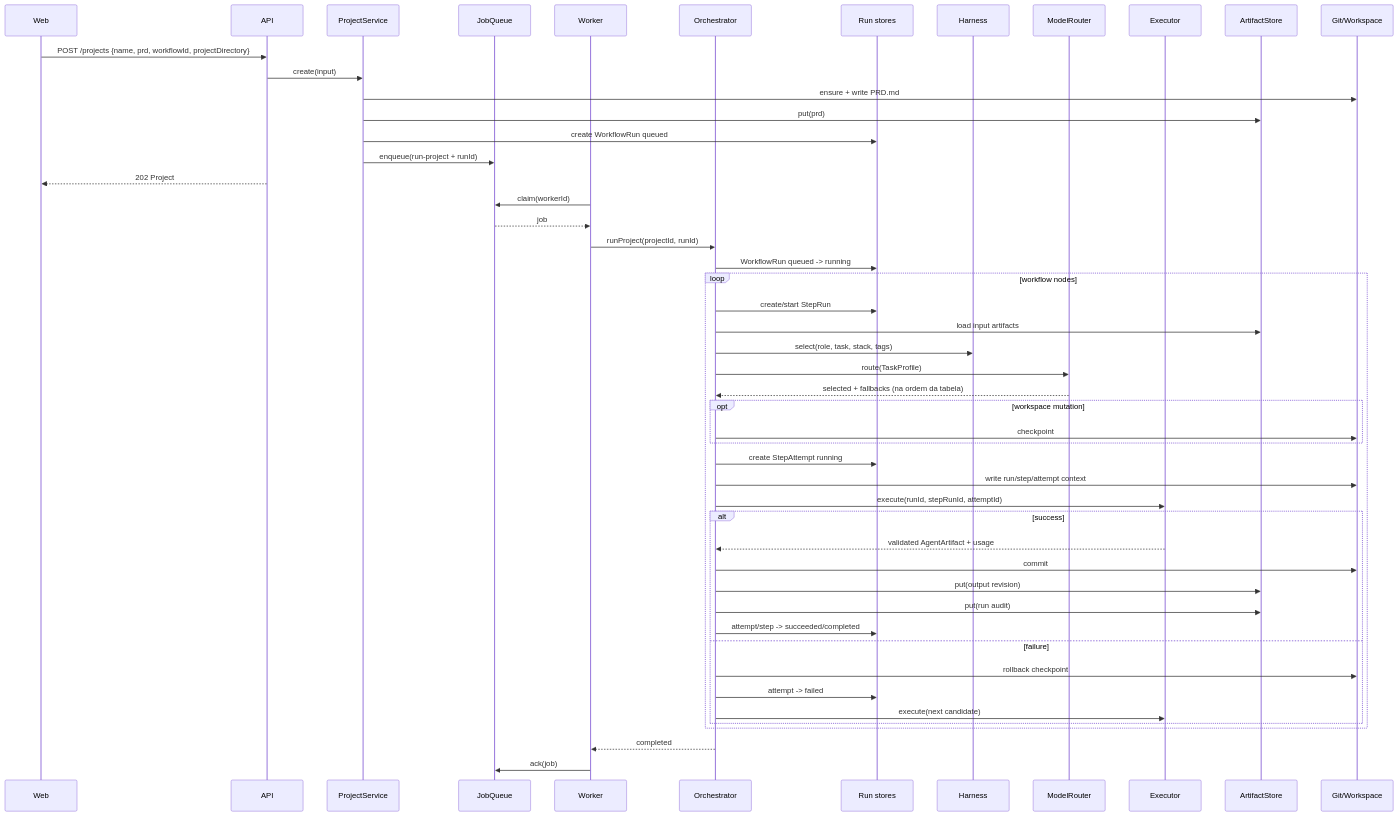
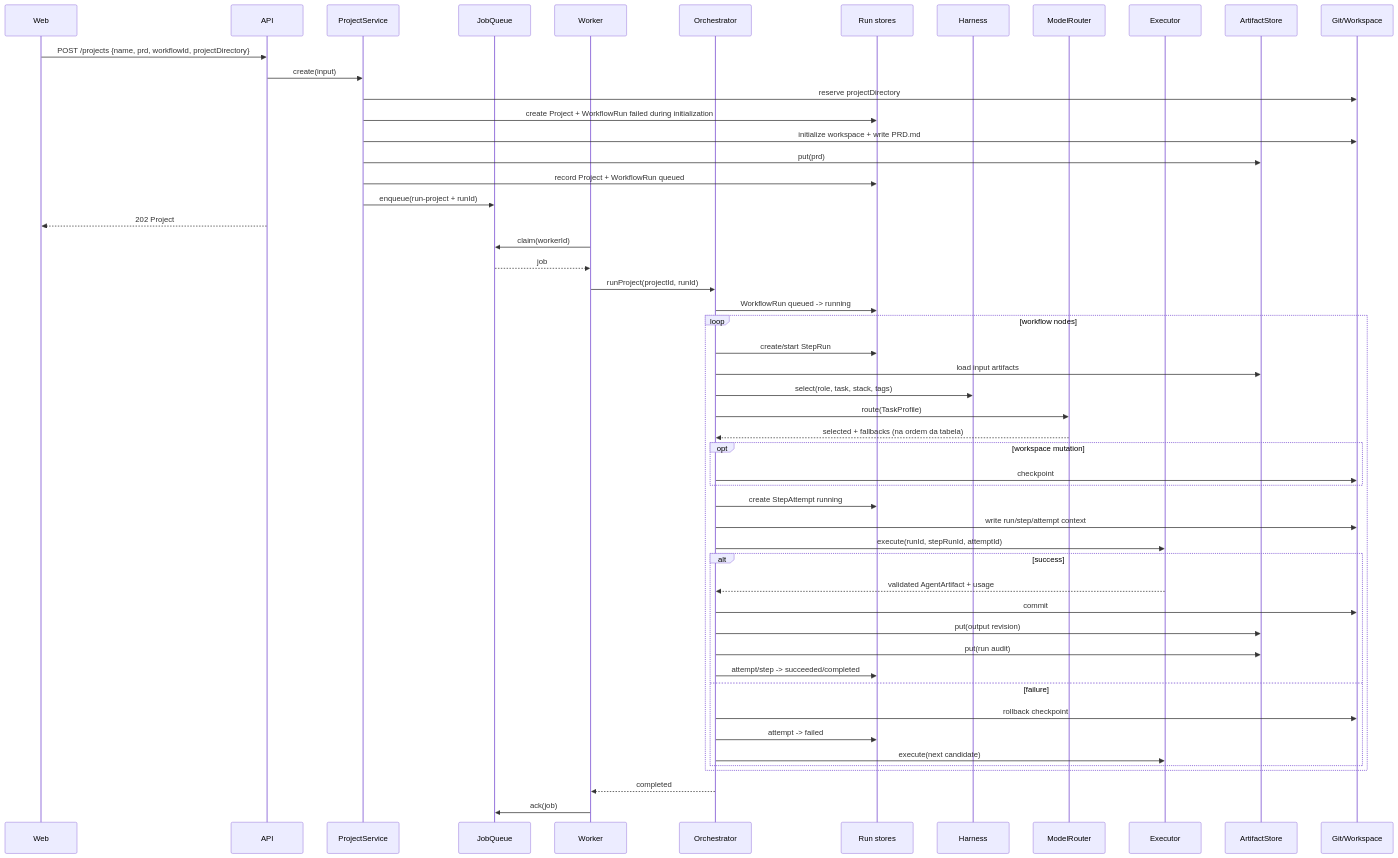
One commit to eedsilva/agent-foundry changed the second of 2 diagrams in docs/ARCHITECTURE.md. Above: the diagram before and after it, drawn with Mermaid. The commit also changed 15 other files, not shown here.

Commit message:
fix(#599): persist directory ownership before initialization

````diff
--- a/docs/ARCHITECTURE.md
+++ b/docs/ARCHITECTURE.md
@@ -140,56 +140,58 @@
 ```mermaid
 sequenceDiagram
     participant UI as Web
     participant API as API
     participant PS as ProjectService
     participant Q as JobQueue
     participant W as Worker
     participant O as Orchestrator
     participant S as Run stores
     participant H as Harness
     participant R as ModelRouter
     participant E as Executor
     participant A as ArtifactStore
     participant G as Git/Workspace
 
     UI->>API: POST /projects {name, prd, workflowId, projectDirectory}
     API->>PS: create(input)
-    PS->>G: ensure + write PRD.md
+    PS->>G: reserve projectDirectory
+    PS->>S: create Project + WorkflowRun failed during initialization
+    PS->>G: initialize workspace + write PRD.md
     PS->>A: put(prd)
-    PS->>S: create WorkflowRun queued
+    PS->>S: record Project + WorkflowRun queued
     PS->>Q: enqueue(run-project + runId)
     API-->>UI: 202 Project
 
     W->>Q: claim(workerId)
     Q-->>W: job
     W->>O: runProject(projectId, runId)
     O->>S: WorkflowRun queued -> running
 
     loop workflow nodes
       O->>S: create/start StepRun
       O->>A: load input artifacts
       O->>H: select(role, task, stack, tags)
       O->>R: route(TaskProfile)
       R-->>O: selected + fallbacks (na ordem da tabela)
       opt workspace mutation
         O->>G: checkpoint
       end
       O->>S: create StepAttempt running
       O->>G: write run/step/attempt context
       O->>E: execute(runId, stepRunId, attemptId)
       alt success
         E-->>O: validated AgentArtifact + usage
         O->>G: commit
         O->>A: put(output revision)
         O->>A: put(run audit)
         O->>S: attempt/step -> succeeded/completed
       else failure
         O->>G: rollback checkpoint
         O->>S: attempt -> failed
         O->>E: execute(next candidate)
       end
     end
 
     O-->>W: completed
     W->>Q: ack(job)
 ```
````
